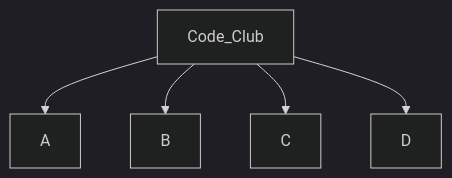
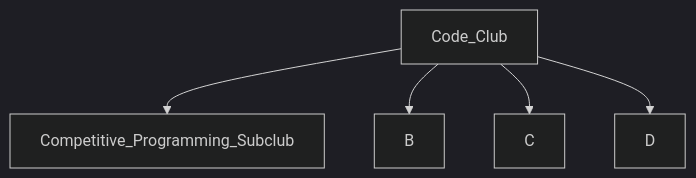
One commit to EthanC2/code-club changed the diagram in plans.md. Above: the diagram before and after it, drawn with Mermaid (dark theme).

````diff
--- a/plans.md
+++ b/plans.md
@@ -15,7 +15,7 @@
 ```mermaid
 graph TD;
-    Code_Club-->A;
+    Code_Club-->Competitive_Programming_Subclub;
     Code_Club-->B;
     Code_Club-->C;
     Code_Club-->D;
 ```
````
